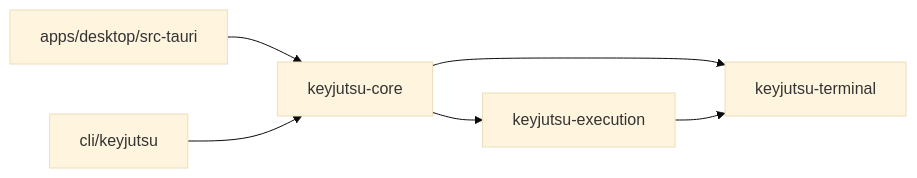
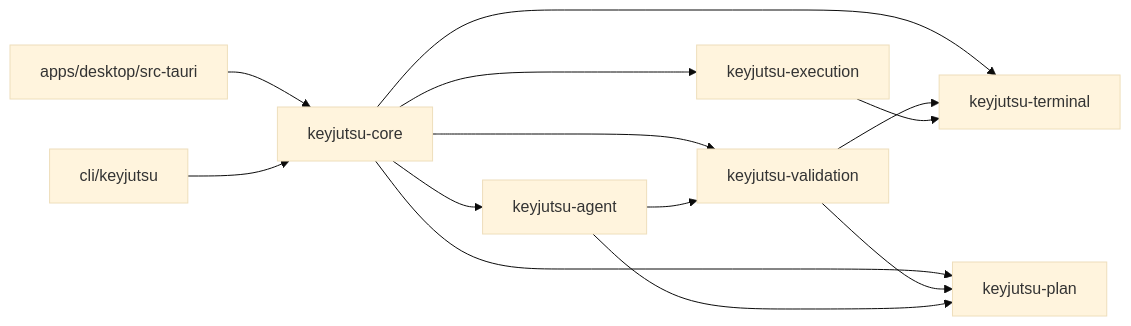
Before and after one commit to TheCodeSaiyan/keyjutsu: the diagram in docs/architecture/overview.md, drawn with Mermaid (base theme). The commit also changed other lines of this file and 387 other files, not shown here.

````diff
--- a/docs/architecture/overview.md
+++ b/docs/architecture/overview.md
@@ -57,8 +54,15 @@
 ```mermaid
 flowchart LR
     desktop["apps/desktop/src-tauri"] --> core
     cli["cli/keyjutsu"] --> core
     core["keyjutsu-core"] --> execution
     core --> terminal
+    core --> plan["keyjutsu-plan"]
+    core --> validation["keyjutsu-validation"]
+    validation --> plan
+    validation --> terminal
+    core --> agent["keyjutsu-agent"]
+    agent --> plan
+    agent --> validation
     execution["keyjutsu-execution"] --> terminal["keyjutsu-terminal"]
 ```
````
